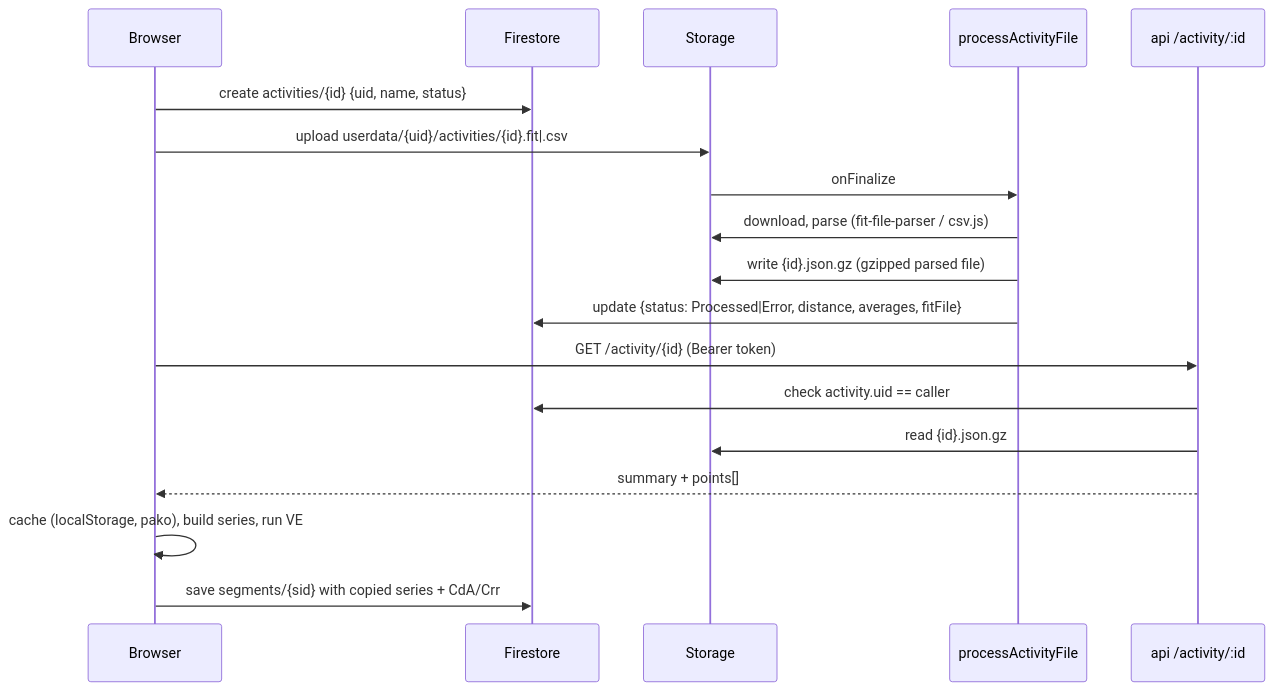
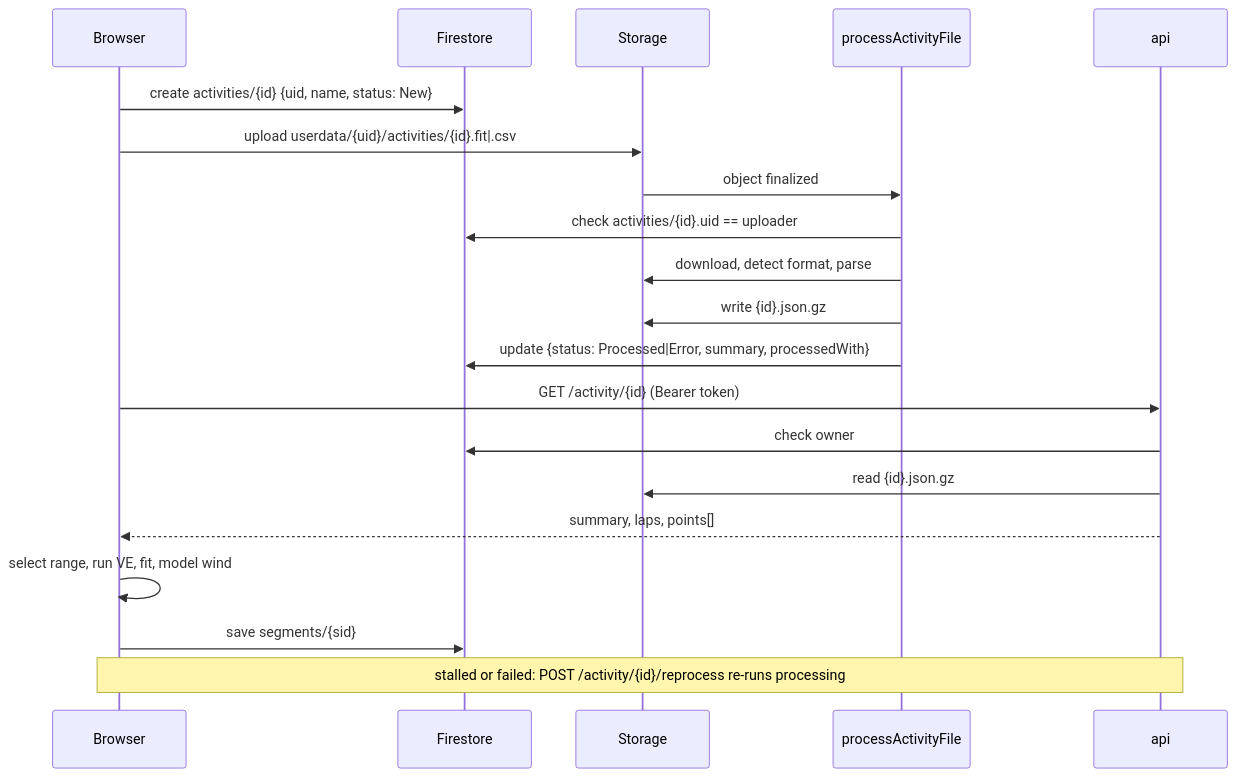
Before and after one commit to mariuspopovici/mycda.app: the second of 2 diagrams in docs/architecture/overview.md, drawn with Mermaid. The commit also changed other lines of this file and 107 other files, not shown here.

````diff
--- a/docs/architecture/overview.md
+++ b/docs/architecture/overview.md
@@ -52,21 +59,23 @@
 ```mermaid
 sequenceDiagram
   participant U as Browser
   participant FS as Firestore
   participant ST as Storage
   participant P as processActivityFile
-  participant A as api /activity/:id
+  participant A as api
 
-  U->>FS: create activities/{id} {uid, name, status}
+  U->>FS: create activities/{id} {uid, name, status: New}
   U->>ST: upload userdata/{uid}/activities/{id}.fit|.csv
-  ST->>P: onFinalize
-  P->>ST: download, parse (fit-file-parser / csv.js)
-  P->>ST: write {id}.json.gz (gzipped parsed file)
-  P->>FS: update {status: Processed|Error, distance, averages, fitFile}
+  ST->>P: object finalized
+  P->>FS: check activities/{id}.uid == uploader
+  P->>ST: download, detect format, parse
+  P->>ST: write {id}.json.gz
+  P->>FS: update {status: Processed|Error, summary, processedWith}
   U->>A: GET /activity/{id} (Bearer token)
-  A->>FS: check activity.uid == caller
+  A->>FS: check owner
   A->>ST: read {id}.json.gz
-  A-->>U: summary + points[]
-  U->>U: cache (localStorage, pako), build series, run VE
-  U->>FS: save segments/{sid} with copied series + CdA/Crr
+  A-->>U: summary, laps, points[]
+  U->>U: select range, run VE, fit, model wind
+  U->>FS: save segments/{sid}
+  Note over U,A: stalled or failed: POST /activity/{id}/reprocess re-runs processing
 ```
````
